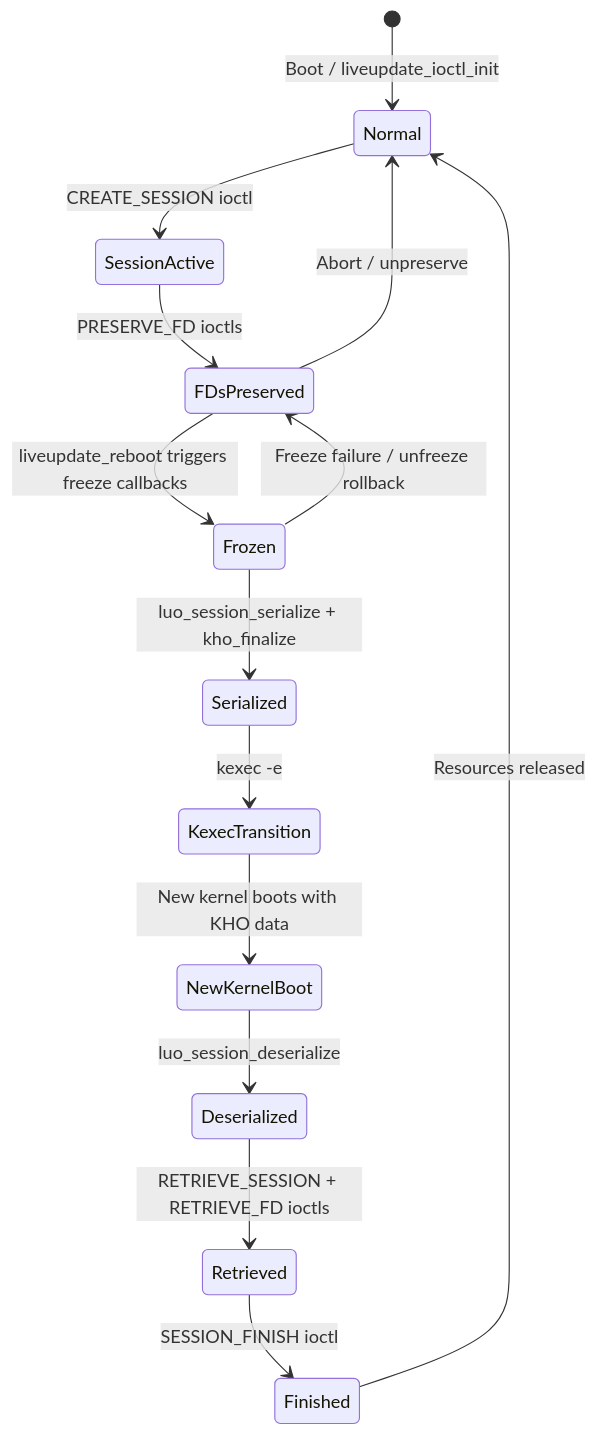
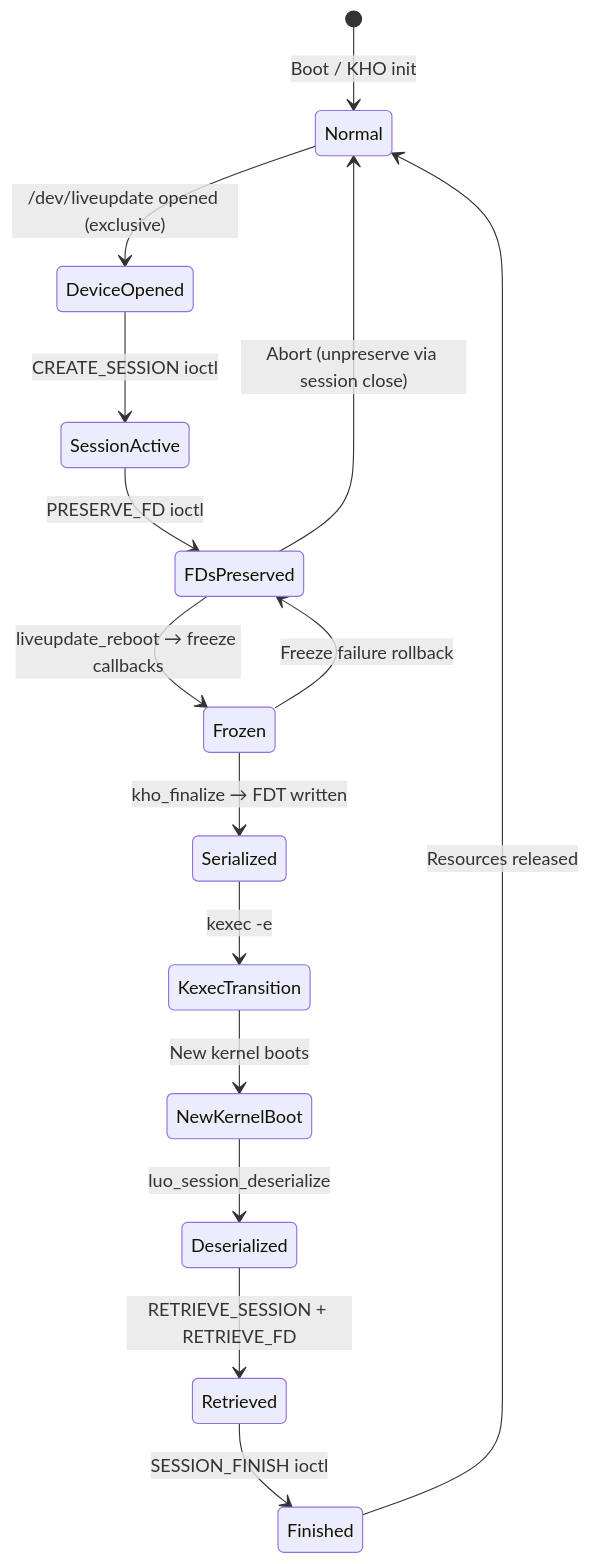
The third of 4 diagrams in Documentation/liveupdate/archaeology.md (Blitzy-Sandbox/blitzy-linux), drawn with Mermaid before and after one commit. The commit also changed other lines of this file and 1 other file, not shown here.

````diff
--- a/Documentation/liveupdate/archaeology.md
+++ b/Documentation/liveupdate/archaeology.md
@@ -417,16 +160,17 @@
 ```mermaid
 stateDiagram-v2
-    [*] --> Normal : Boot / liveupdate_ioctl_init
-    Normal --> SessionActive : CREATE_SESSION ioctl
-    SessionActive --> FDsPreserved : PRESERVE_FD ioctls
-    FDsPreserved --> Frozen : liveupdate_reboot triggers freeze callbacks
-    Frozen --> Serialized : luo_session_serialize + kho_finalize
+    [*] --> Normal : Boot / KHO init
+    Normal --> DeviceOpened : /dev/liveupdate opened (exclusive)
+    DeviceOpened --> SessionActive : CREATE_SESSION ioctl
+    SessionActive --> FDsPreserved : PRESERVE_FD ioctl
+    FDsPreserved --> Frozen : liveupdate_reboot → freeze callbacks
+    Frozen --> Serialized : kho_finalize → FDT written
     Serialized --> KexecTransition : kexec -e
-    KexecTransition --> NewKernelBoot : New kernel boots with KHO data
+    KexecTransition --> NewKernelBoot : New kernel boots
     NewKernelBoot --> Deserialized : luo_session_deserialize
-    Deserialized --> Retrieved : RETRIEVE_SESSION + RETRIEVE_FD ioctls
+    Deserialized --> Retrieved : RETRIEVE_SESSION + RETRIEVE_FD
     Retrieved --> Finished : SESSION_FINISH ioctl
     Finished --> Normal : Resources released
-    FDsPreserved --> Normal : Abort / unpreserve
-    Frozen --> FDsPreserved : Freeze failure / unfreeze rollback
+    FDsPreserved --> Normal : Abort (unpreserve via session close)
+    Frozen --> FDsPreserved : Freeze failure rollback
 ```
````
